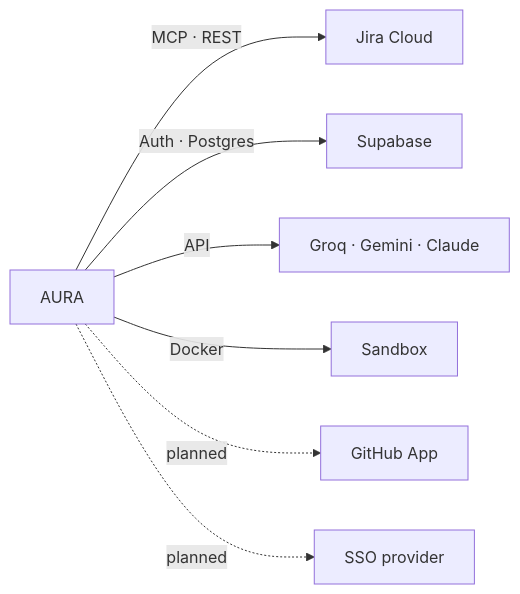
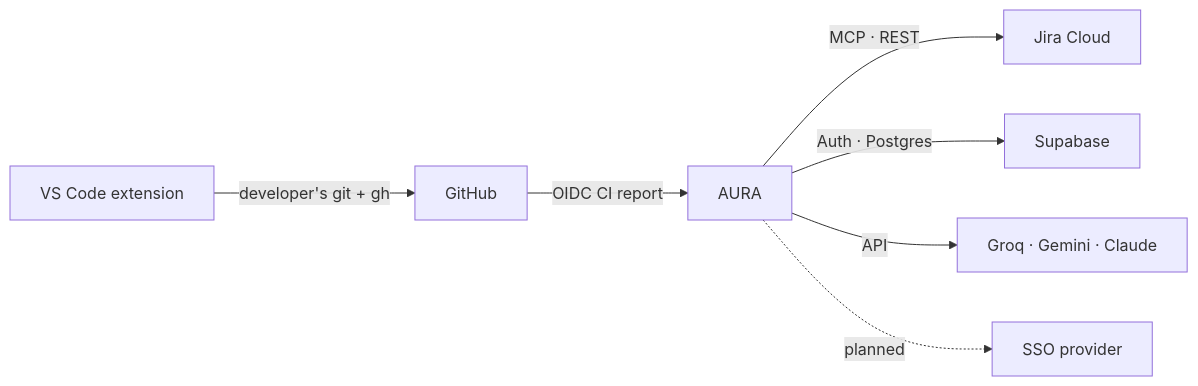
One commit to HasithaErandika/aura changed the first of 2 diagrams in docs/SRS.md. Above: the diagram before and after it, drawn with Mermaid. The commit also changed other lines of this file and 41 other files, not shown here.

First line of the commit message:
docs: describe the VS Code workflow, mark completed plans, rewrite the roadmap

````diff
--- a/docs/SRS.md
+++ b/docs/SRS.md
@@ -160,9 +174,9 @@
 ```mermaid
 flowchart LR
     AURA["AURA"] -->|"MCP · REST"| JIRA["Jira Cloud"]
     AURA -->|"Auth · Postgres"| SUPA["Supabase"]
     AURA -->|"API"| LLM["Groq · Gemini · Claude"]
-    AURA -->|"Docker"| SB["Sandbox"]
-    AURA -.->|"planned"| GH["GitHub App"]
+    EXT["VS Code extension"] -->|"developer's git + gh"| GH["GitHub"]
+    GH -->|"OIDC CI report"| AURA
     AURA -.->|"planned"| IDP["SSO provider"]
 ```
````
